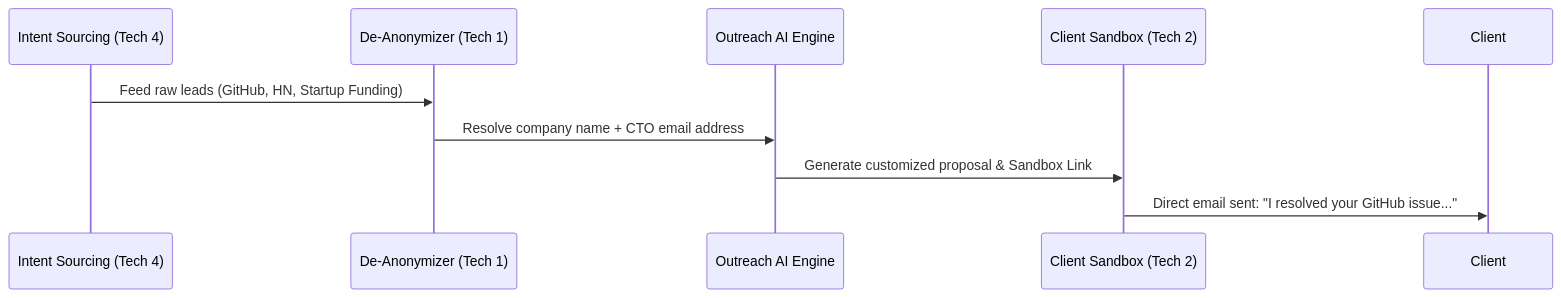
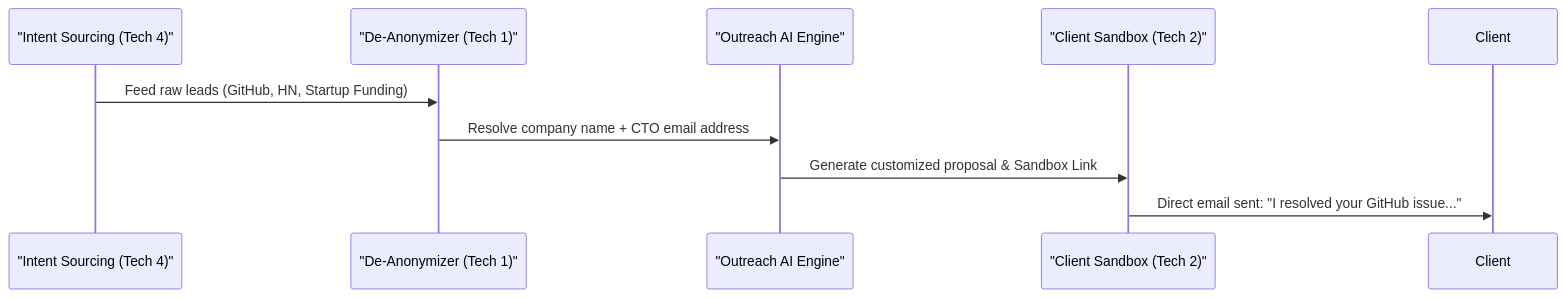
One commit to FixFlow-AI/FixFlow-AI-web changed the second of 2 diagrams in docs/FEASIBILITY_STUDY_DIRECT_OUTREACH.md. Above: the diagram before and after it, drawn with Mermaid. The commit also changed 3 other files, not shown here.

Commit message:
docx: mermid diagram structure and technical plans are added for low level overview of it

````diff
--- a/docs/FEASIBILITY_STUDY_DIRECT_OUTREACH.md
+++ b/docs/FEASIBILITY_STUDY_DIRECT_OUTREACH.md
@@ -105,12 +105,12 @@
 ```mermaid
 sequenceDiagram
-    participant S as Intent Sourcing (Tech 4)
-    participant D as De-Anonymizer (Tech 1)
-    participant E as Outreach AI Engine
-    participant P as Client Sandbox (Tech 2)
+    participant S as "Intent Sourcing (Tech 4)"
+    participant D as "De-Anonymizer (Tech 1)"
+    participant E as "Outreach AI Engine"
+    participant P as "Client Sandbox (Tech 2)"
     
     S->>D: Feed raw leads (GitHub, HN, Startup Funding)
     D->>E: Resolve company name + CTO email address
     E->>P: Generate customized proposal & Sandbox Link
     P->>Client: Direct email sent: "I resolved your GitHub issue..."
 ```
````
